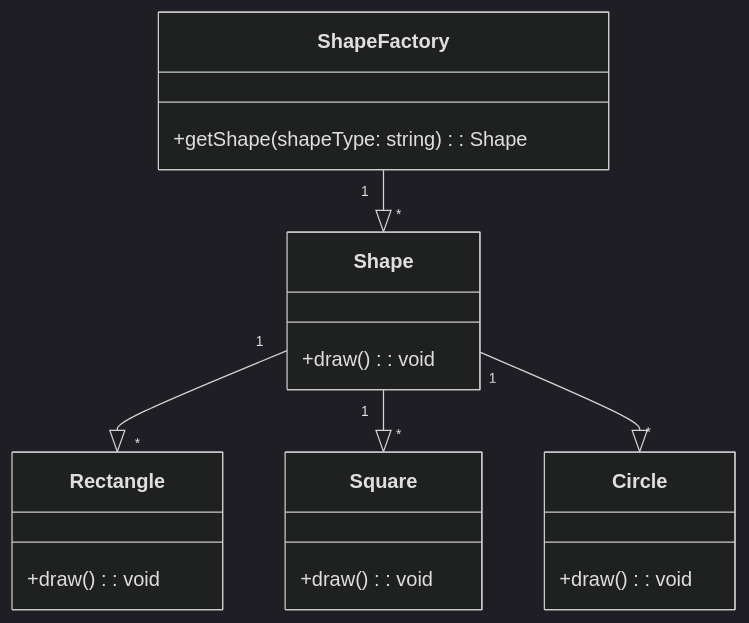
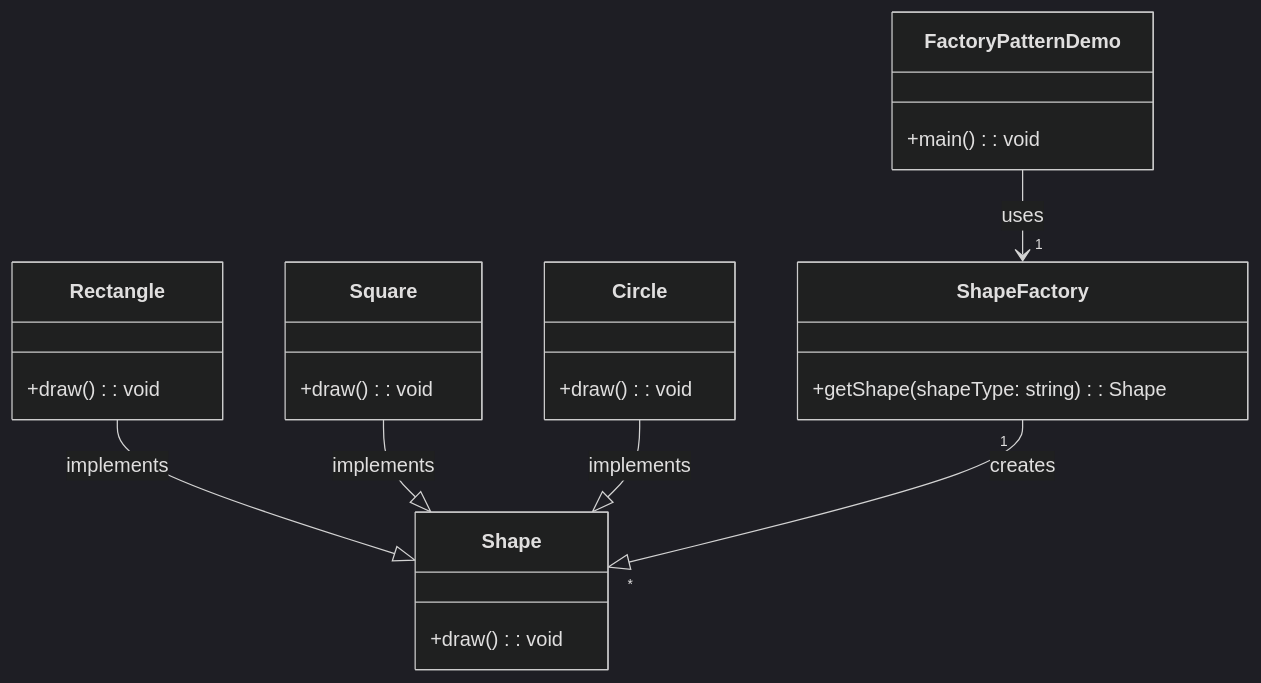
The diagram in cpp/Design Patterns/Running Noob/Creational_Patterns/Factory Method.md (Zhang-Wen-chao/Computer-Systems), drawn with Mermaid (dark theme) before and after one commit. The commit also changed other lines of this file and 35 other files, not shown here.

````diff
--- a/cpp/Design Patterns/Running Noob/Creational_Patterns/Factory Method.md
+++ b/cpp/Design Patterns/Running Noob/Creational_Patterns/Factory Method.md
@@ -79,27 +88,32 @@
 ```mermaid
 classDiagram
     class Shape {
         +draw(): void
     }
 
     class Rectangle {
         +draw(): void
     }
 
     class Square {
         +draw(): void
     }
 
     class Circle {
         +draw(): void
     }
 
     class ShapeFactory {
         +getShape(shapeType: string): Shape
     }
 
-    Shape "1"--|> "*" Rectangle
-    Shape "1"--|> "*" Square
-    Shape "1"--|> "*" Circle
-    ShapeFactory "1"--|> "*" Shape
+    class FactoryPatternDemo {
+        +main(): void
+    }
+
+    FactoryPatternDemo --> "1" ShapeFactory : uses
+    Rectangle --|> Shape : implements
+    Square --|> Shape : implements
+    Circle --|> Shape : implements
+    ShapeFactory "1"--|> "*" Shape : creates
 ```
````
